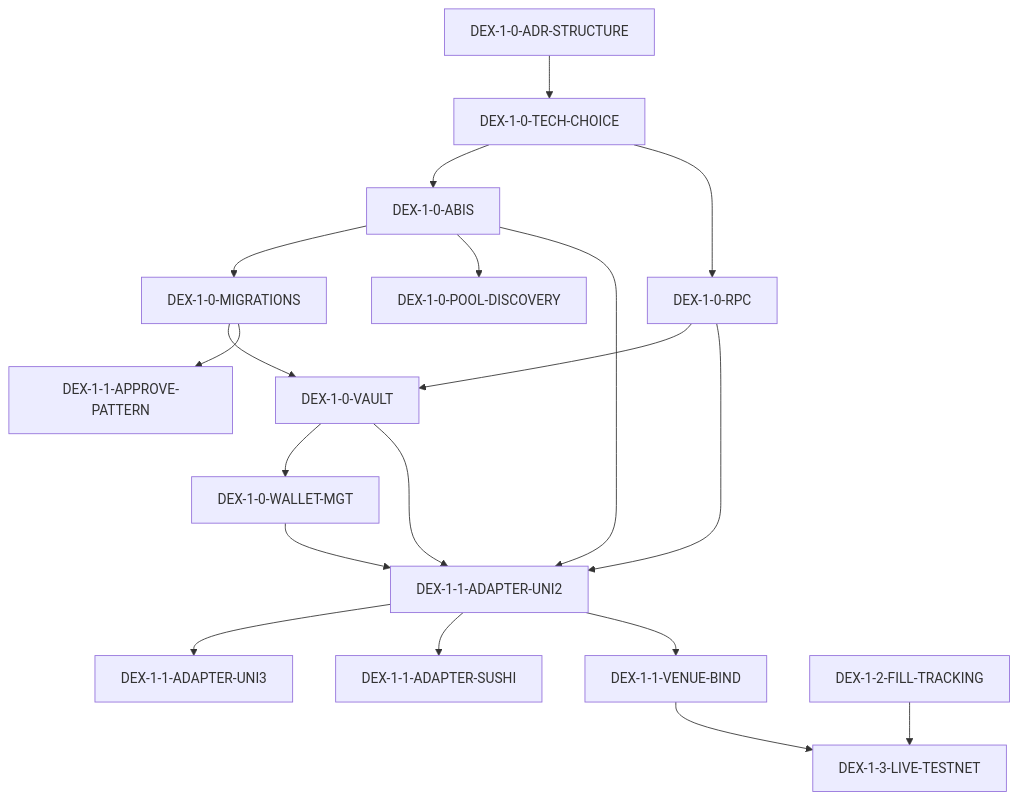
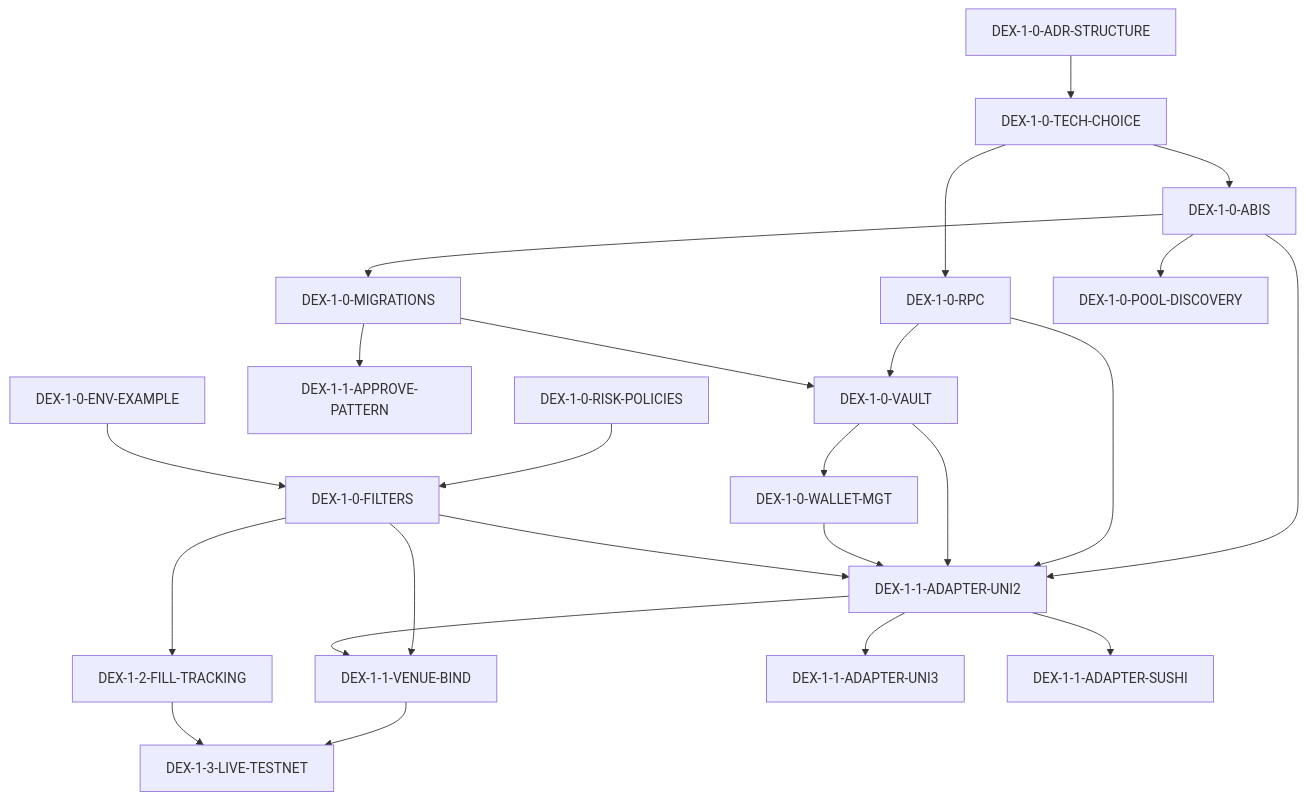
Before and after one commit to brev77/Arbibot-2: the diagram in .cursor/plans/DEVELOPMENT_PLAN-DEX.md, drawn with Mermaid. The commit also changed other lines of this file and 68 other files, not shown here.

````diff
--- a/.cursor/plans/DEVELOPMENT_PLAN-DEX.md
+++ b/.cursor/plans/DEVELOPMENT_PLAN-DEX.md
@@ -48,21 +53,26 @@
 ```mermaid
 graph TD
     DEX-1-0-ADR-STRUCTURE --> DEX-1-0-TECH-CHOICE
     DEX-1-0-TECH-CHOICE --> DEX-1-0-ABIS
     DEX-1-0-TECH-CHOICE --> DEX-1-0-RPC
     DEX-1-0-ABIS --> DEX-1-0-MIGRATIONS
     DEX-1-0-ABIS --> DEX-1-0-POOL-DISCOVERY
     DEX-1-0-RPC --> DEX-1-0-VAULT
     DEX-1-0-MIGRATIONS --> DEX-1-0-VAULT
     DEX-1-0-VAULT --> DEX-1-0-WALLET-MGT
     DEX-1-0-MIGRATIONS --> DEX-1-1-APPROVE-PATTERN
     DEX-1-0-ABIS --> DEX-1-1-ADAPTER-UNI2
     DEX-1-0-RPC --> DEX-1-1-ADAPTER-UNI2
     DEX-1-0-VAULT --> DEX-1-1-ADAPTER-UNI2
     DEX-1-0-WALLET-MGT --> DEX-1-1-ADAPTER-UNI2
+    DEX-1-0-RISK-POLICIES --> DEX-1-0-FILTERS
+    DEX-1-0-ENV-EXAMPLE --> DEX-1-0-FILTERS
+    DEX-1-0-FILTERS --> DEX-1-1-ADAPTER-UNI2
+    DEX-1-0-FILTERS --> DEX-1-1-VENUE-BIND
+    DEX-1-0-FILTERS --> DEX-1-2-FILL-TRACKING
     DEX-1-1-ADAPTER-UNI2 --> DEX-1-1-ADAPTER-UNI3
     DEX-1-1-ADAPTER-UNI2 --> DEX-1-1-ADAPTER-SUSHI
     DEX-1-1-ADAPTER-UNI2 --> DEX-1-1-VENUE-BIND
     DEX-1-1-VENUE-BIND --> DEX-1-3-LIVE-TESTNET
     DEX-1-2-FILL-TRACKING --> DEX-1-3-LIVE-TESTNET
 ```
````
